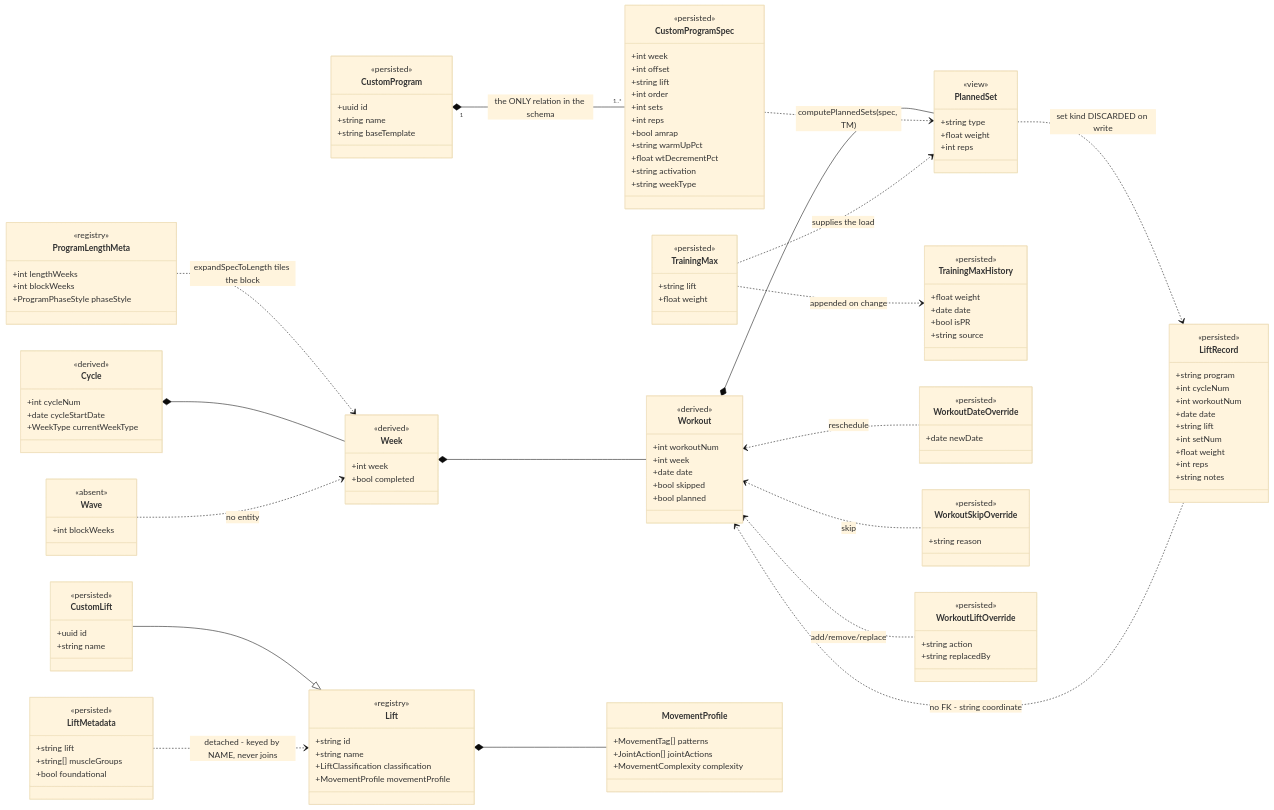
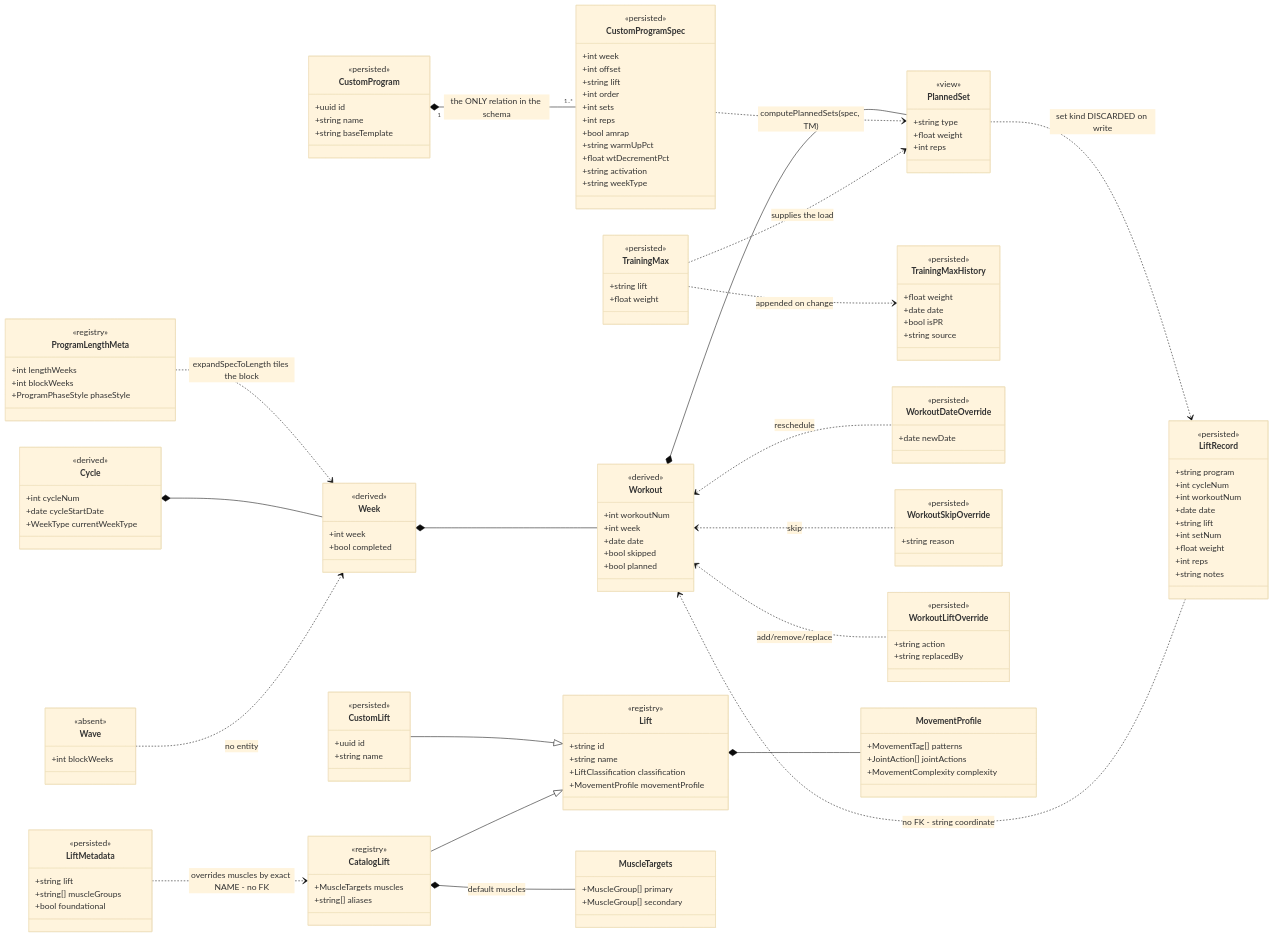
Before and after one commit to merickvaughn/lifting-logbook: the diagram in docs/domain-model.md, drawn with Mermaid (base theme). The commit also changed other lines of this file and 19 other files, not shown here.

First line of the commit message:
[feat] Add muscle-group defaults, torso-relative pattern fixes and weekly set counters to core

````diff
--- a/docs/domain-model.md
+++ b/docs/domain-model.md
@@ -346,6 +378,15 @@
         +uuid id
         +string name
     }
+    class CatalogLift {
+        <<registry>>
+        +MuscleTargets muscles
+        +string[] aliases
+    }
+    class MuscleTargets {
+        +MuscleGroup[] primary
+        +MuscleGroup[] secondary
+    }
     class LiftMetadata {
         <<persisted>>
         +string lift
@@ -368,6 +409,8 @@
     Workout <.. WorkoutLiftOverride : add/remove/replace
     Lift *-- MovementProfile
     CustomLift --|> Lift
-    LiftMetadata ..> Lift : detached - keyed by NAME, never joins
+    CatalogLift --|> Lift
+    CatalogLift *-- MuscleTargets : default muscles
+    LiftMetadata ..> CatalogLift : overrides muscles by exact NAME - no FK
     TrainingMax ..> TrainingMaxHistory : appended on change
 ```
````
